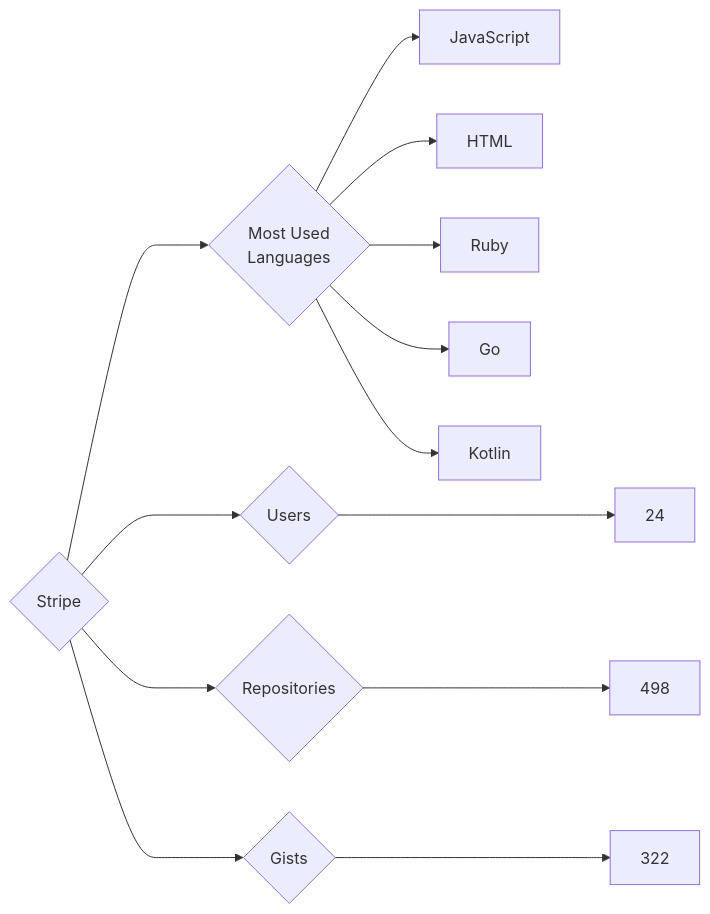
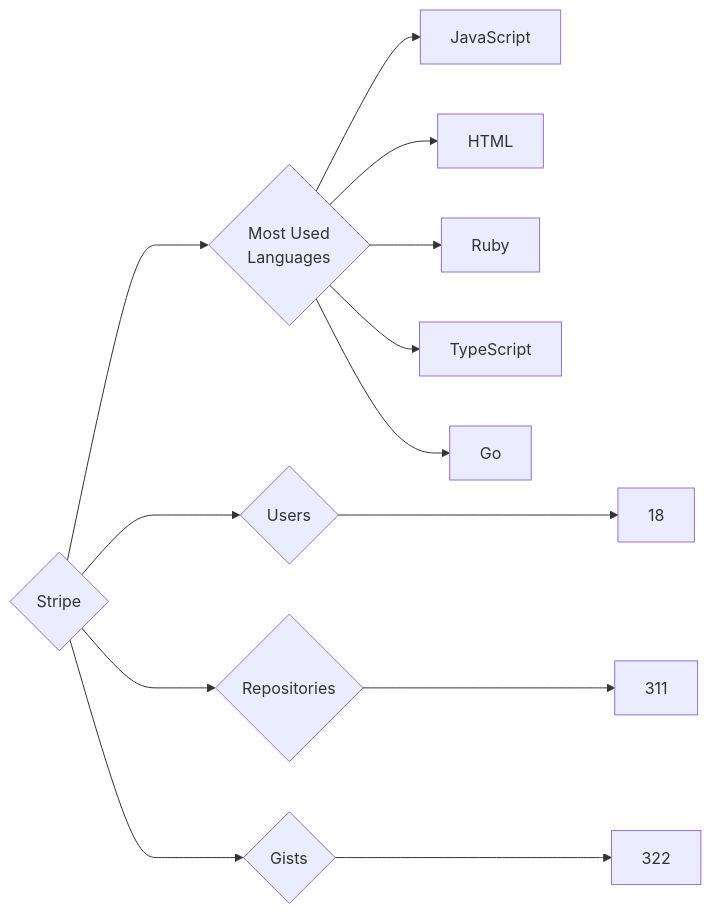
Before and after one commit to trickest/insiders: the diagram in targets/Stripe/README.md, drawn with Mermaid. The commit also changed 770 other files, not shown here.

````diff
--- a/targets/Stripe/README.md
+++ b/targets/Stripe/README.md
@@ -3,13 +3,13 @@
 ```mermaid
 graph LR
 COMPANY_NAME{Stripe}
-COMPANY_NAME ---> U{Users} ---> UN[24]
-COMPANY_NAME ---> R{Repositories} ---> RN[498]
+COMPANY_NAME ---> U{Users} ---> UN[18]
+COMPANY_NAME ---> R{Repositories} ---> RN[311]
 COMPANY_NAME ---> G{Gists} ---> GN[322]
 COMPANY_NAME ---> ML{Most Used<br>Languages}
 ML --> JavaScript[JavaScript]
 ML --> HTML[HTML]
 ML --> Ruby[Ruby]
+ML --> TypeScript[TypeScript]
 ML --> Go[Go]
-ML --> Kotlin[Kotlin]
 ```
````
